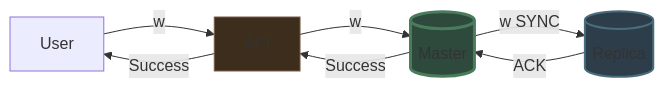
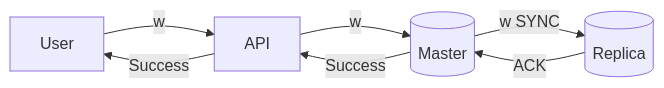
One commit to Yash-Kavaiya/The-System-Design-Masterclass changed the eighth of 19 diagrams in system design beginner/7. Scaling Databases.md. Above: the diagram before and after it, drawn with Mermaid. The commit also changed other lines of this file, not shown here.

````diff
--- a/system design beginner/7. Scaling Databases.md
+++ b/system design beginner/7. Scaling Databases.md
@@ -245,13 +221,10 @@
 ```mermaid
 graph LR
     USER[User] -->|w| API[API]
     API -->|w| MASTER[(Master)]
     MASTER -->|w SYNC| REPLICA[(Replica)]
     REPLICA -->|ACK| MASTER
     MASTER -->|Success| API
     API -->|Success| USER
     
-    style MASTER fill:#2d4a3c,stroke:#4a7c5c,stroke-width:3px
-    style REPLICA fill:#2d3d4a,stroke:#4a6d7c,stroke-width:2px
-    style API fill:#3d2d1c,stroke:#7c5d4a
 ```
````
